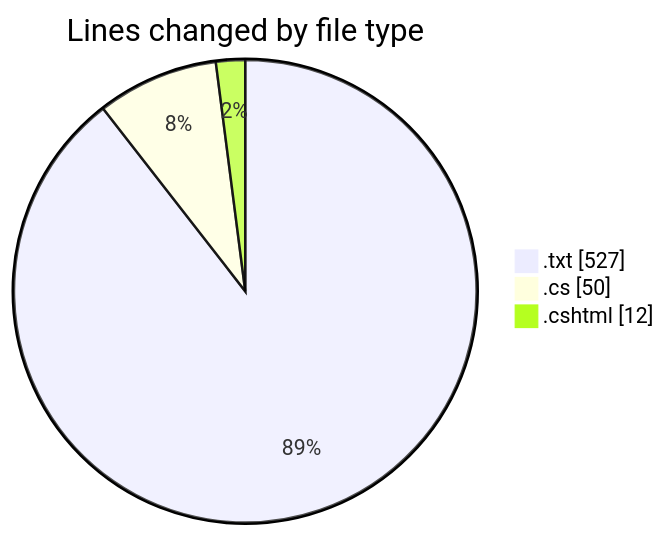
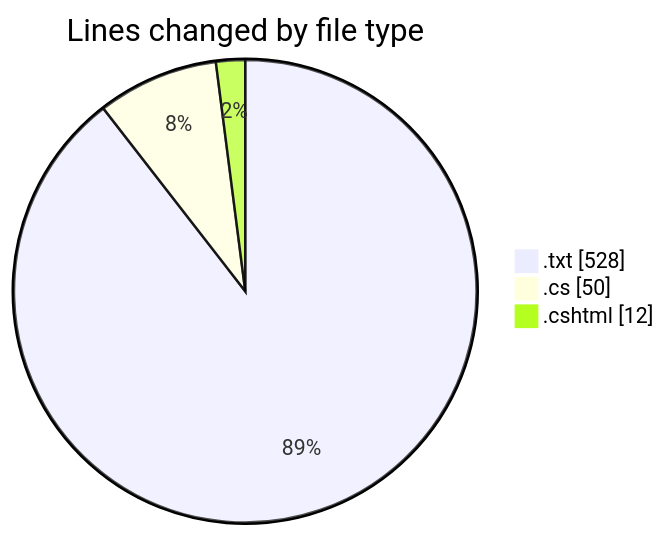
Before and after one commit to lephambinh05/code-tracking: the first of 2 diagrams in 2025-07-26/quanlyrapchieuphim-1/README.md, drawn with Mermaid. The commit also changed other lines of this file and 1 other file, not shown here.

````diff
--- a/2025-07-26/quanlyrapchieuphim-1/README.md
+++ b/2025-07-26/quanlyrapchieuphim-1/README.md
@@ -24,7 +24,7 @@
 ```mermaid
 pie showData
 title Lines changed by file type
-".txt" : 527
+".txt" : 528
 ".cs" : 50
 ".cshtml" : 12
 ```
````
